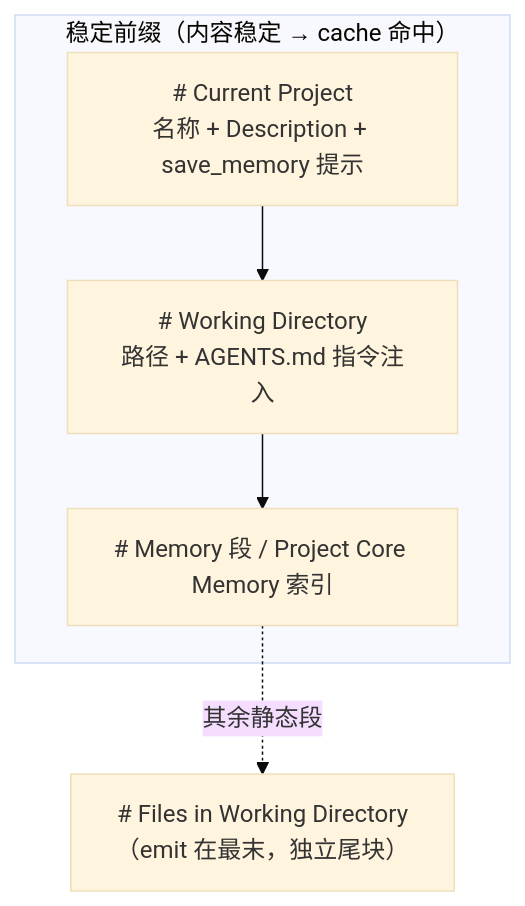
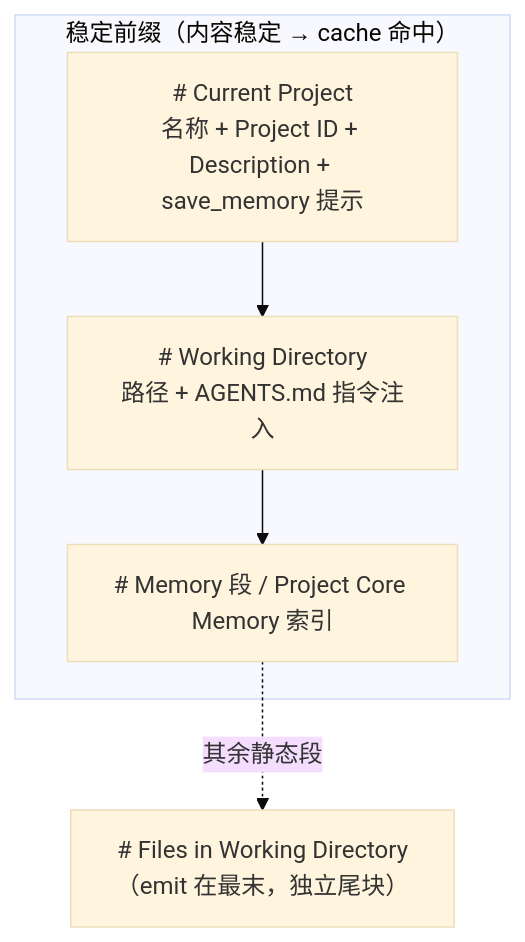
One commit to shiwenwen/hope-agent changed the sixth of 8 diagrams in docs/architecture/core/project.md. Above: the diagram before and after it, drawn with Mermaid (base theme). The commit also changed other lines of this file and 1 other file, not shown here.

Commit message:
🦭 inject project ID into system prompt

````diff
--- a/docs/architecture/core/project.md
+++ b/docs/architecture/core/project.md
@@ -313,11 +313,11 @@
 ```mermaid
 flowchart TD
     subgraph PREFIX["稳定前缀（内容稳定 → cache 命中）"]
-        CP["# Current Project<br/>名称 + Description + save_memory 提示"]
+        CP["# Current Project<br/>名称 + Project ID + Description + save_memory 提示"]
         WD["# Working Directory<br/>路径 + AGENTS.md 指令注入"]
         MEM["# Memory 段 / Project Core Memory 索引"]
     end
     TAIL["# Files in Working Directory<br/>（emit 在最末，独立尾块）"]
 
     CP --> WD --> MEM -.其余静态段.-> TAIL
 ```
````
